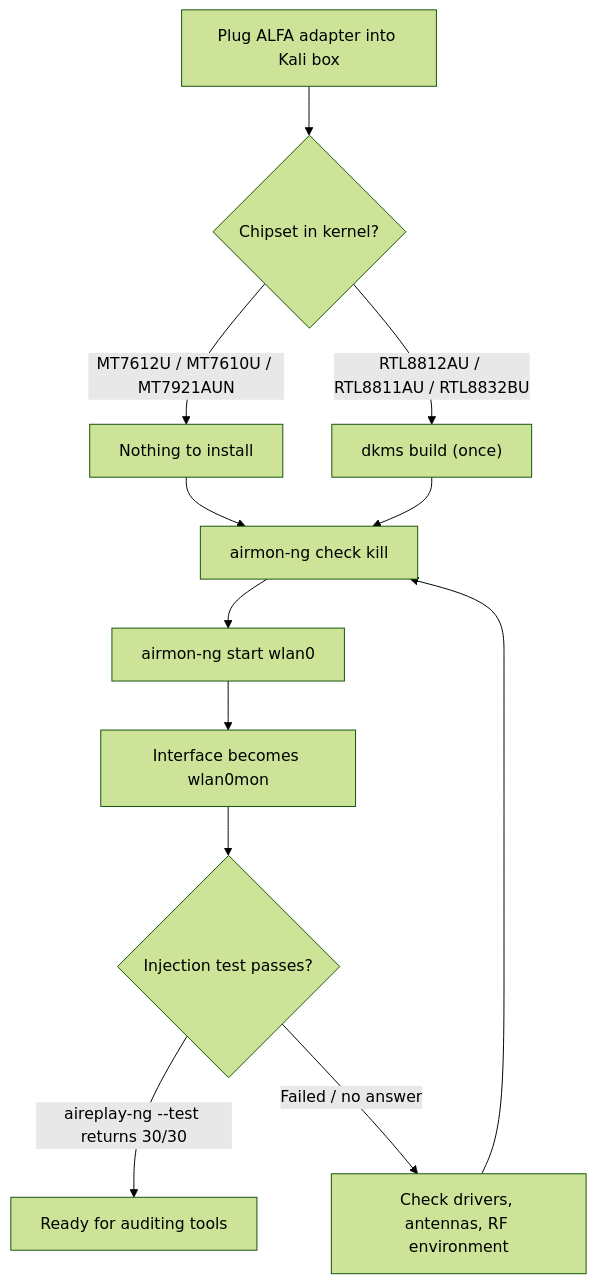
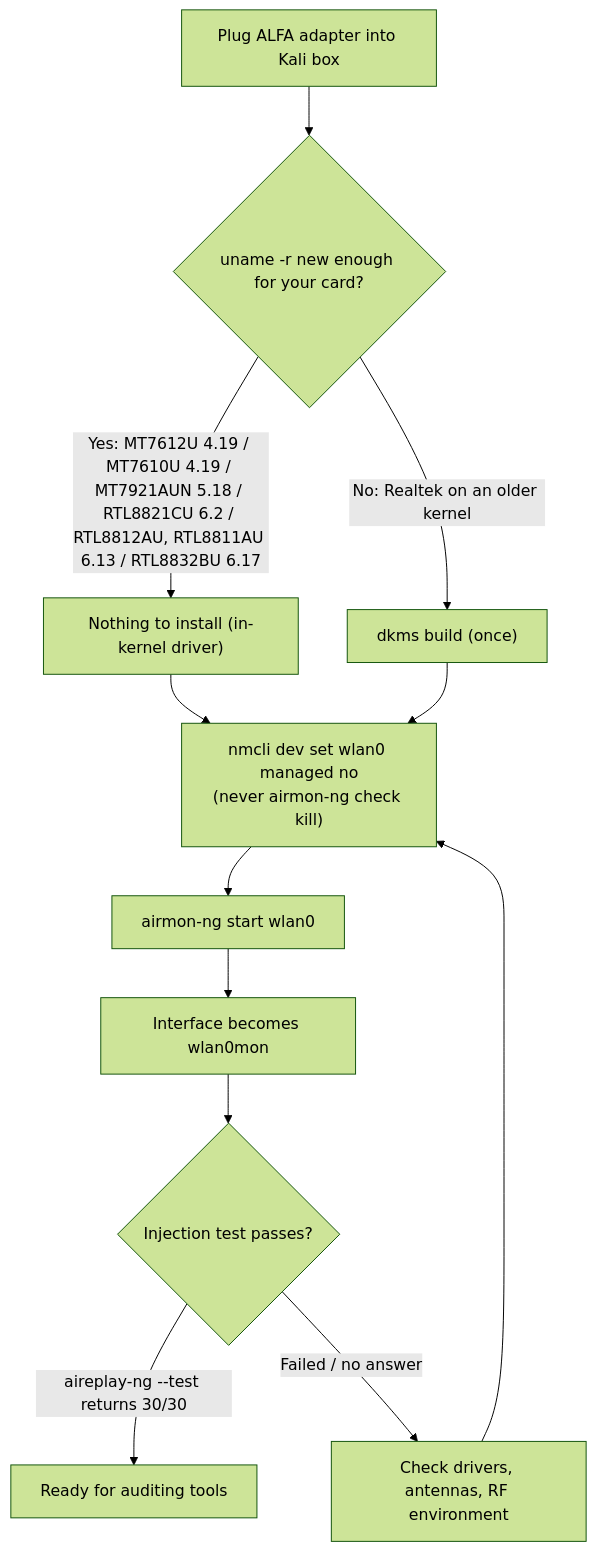
One commit to yopitek/yupitek-wiki changed the diagram in docs/01-alfa-network/linux-setup-kali.md. Above: the diagram before and after it, drawn with Mermaid (forest theme). The commit also changed other lines of this file and 108 other files, not shown here.

````diff
--- a/docs/01-alfa-network/linux-setup-kali.md
+++ b/docs/01-alfa-network/linux-setup-kali.md
@@ -25,14 +29,14 @@
 ```mermaid
 flowchart TD
-    A["Plug ALFA adapter into Kali box"] --> B{"Chipset in kernel?"}
-    B -->|"MT7612U / MT7610U / MT7921AUN"| C["Nothing to install"]
-    B -->|"RTL8812AU / RTL8811AU / RTL8832BU"| D["dkms build (once)"]
-    C --> E["airmon-ng check kill"]
+    A["Plug ALFA adapter into Kali box"] --> B{"uname -r new enough for your card?"}
+    B -->|"Yes: MT7612U 4.19 / MT7610U 4.19 / MT7921AUN 5.18 / RTL8821CU 6.2 / RTL8812AU, RTL8811AU 6.13 / RTL8832BU 6.17"| C["Nothing to install (in-kernel driver)"]
+    B -->|"No: Realtek on an older kernel"| D["dkms build (once)"]
+    C --> E["nmcli dev set wlan0 managed no<br/>(never airmon-ng check kill)"]
     D --> E
     E --> F["airmon-ng start wlan0"]
     F --> G["Interface becomes wlan0mon"]
     G --> H{"Injection test passes?"}
     H -->|"aireplay-ng --test returns 30/30"| I["Ready for auditing tools"]
     H -->|"Failed / no answer"| J["Check drivers, antennas, RF environment"]
     J --> E
 ```
````
